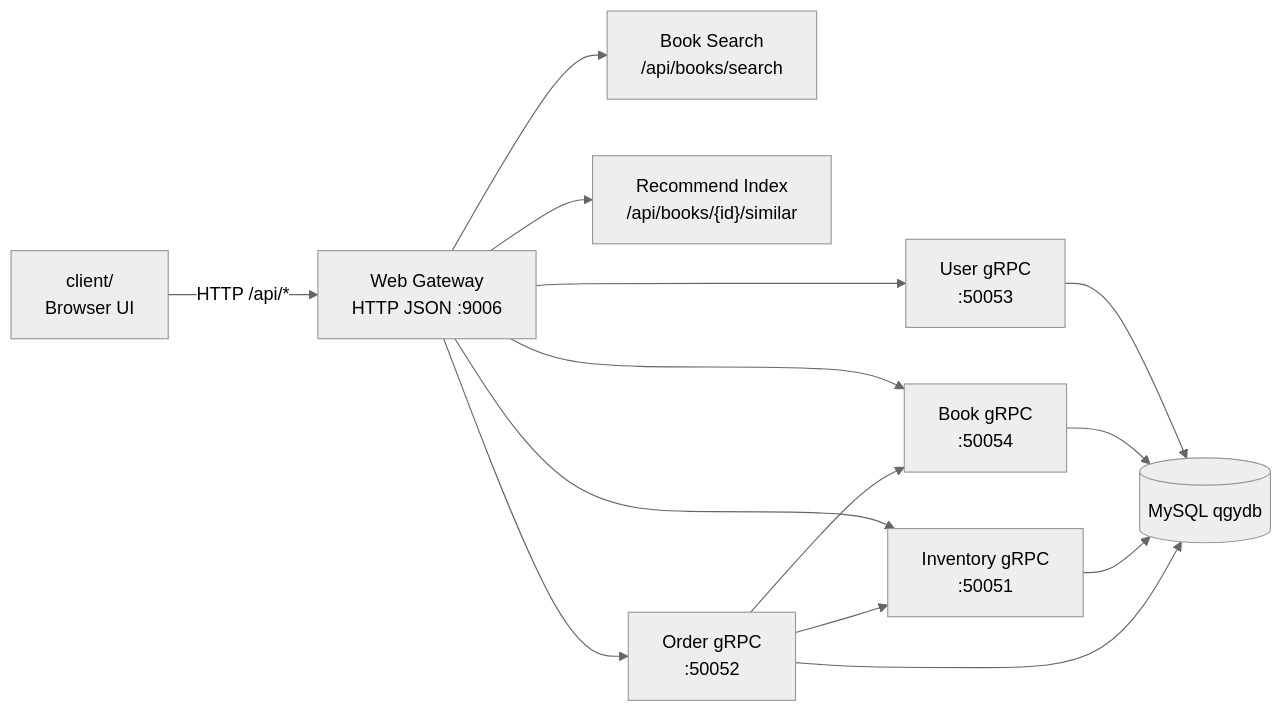
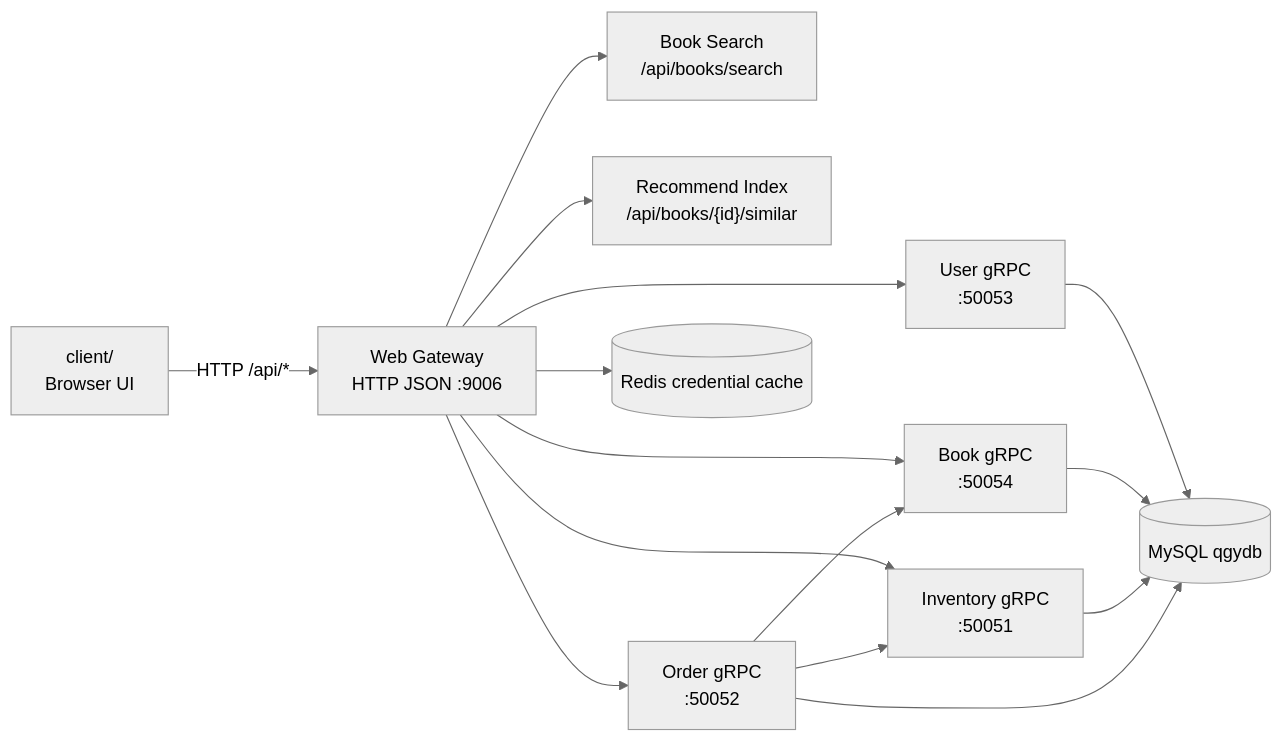
The diagram in README.md (lliusshijjie/My-Bookstore), drawn with Mermaid (neutral theme) before and after one commit. The commit also changed other lines of this file and 8 other files, not shown here.

````diff
--- a/README.md
+++ b/README.md
@@ -7,27 +7,29 @@
 ```mermaid
 flowchart LR
     Client["client/\nBrowser UI"]
     Gateway["Web Gateway\nHTTP JSON :9006"]
     Search["Book Search\n/api/books/search"]
     Recommend["Recommend Index\n/api/books/{id}/similar"]
     UserSvc["User gRPC\n:50053"]
     BookSvc["Book gRPC\n:50054"]
     InventorySvc["Inventory gRPC\n:50051"]
     OrderSvc["Order gRPC\n:50052"]
     MySQL[("MySQL qgydb")]
+    Redis[("Redis credential cache")]
 
     Client -->|"HTTP /api/*"| Gateway
     Gateway --> Search
     Gateway --> Recommend
     Gateway --> UserSvc
     Gateway --> BookSvc
     Gateway --> InventorySvc
     Gateway --> OrderSvc
+    Gateway --> Redis
     OrderSvc --> BookSvc
     OrderSvc --> InventorySvc
 
     UserSvc --> MySQL
     BookSvc --> MySQL
     InventorySvc --> MySQL
     OrderSvc --> MySQL
 ```
````
